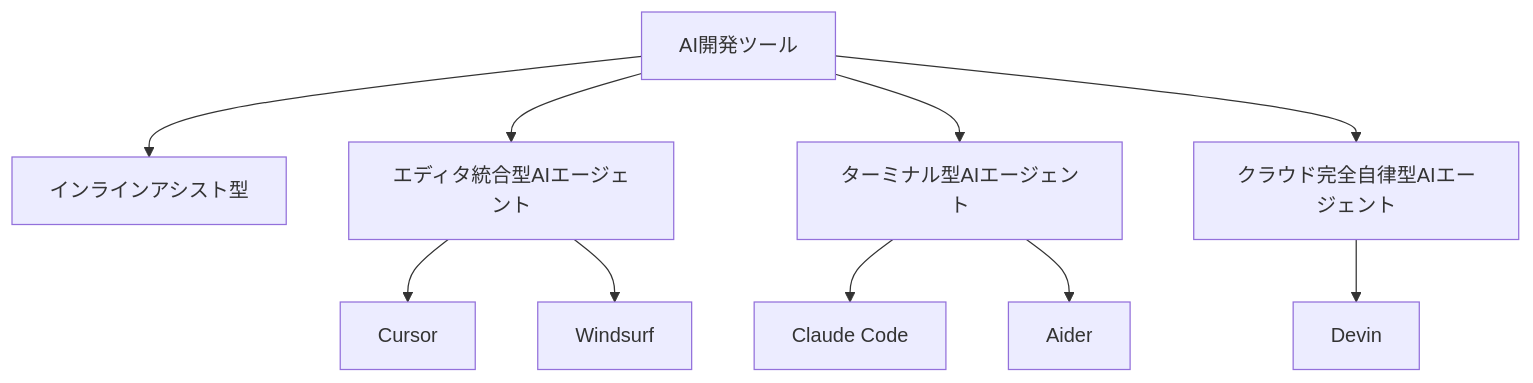
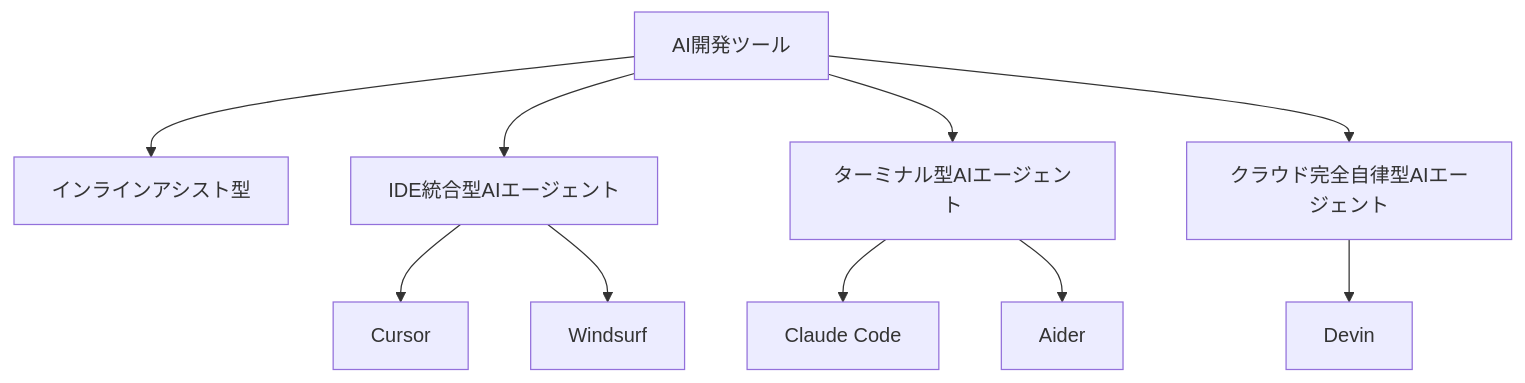
Before and after one commit to cyber-freaks-jp/AI_Driven_Development_Course: the diagram in book/pages/主要なAI開発ツールとおすすめのエディタ.md, drawn with Mermaid. The commit also changed other lines of this file and 1 other file, not shown here.

````diff
--- a/book/pages/主要なAI開発ツールとおすすめのエディタ.md
+++ b/book/pages/主要なAI開発ツールとおすすめのエディタ.md
@@ -75,15 +75,15 @@
 ```mermaid
 graph TD
     A[AI開発ツール] --> B[インラインアシスト型]
-    A --> C[エディタ統合型AIエージェント]
+    A --> C[IDE統合型AIエージェント]
     A --> D[ターミナル型AIエージェント]
     A --> E[クラウド完全自律型AIエージェント]
 
     C --> C1[Cursor]
     C --> C2[Windsurf]
 
     D --> D1[Claude Code]
     D --> D2[Aider]
 
     E --> E1[Devin]
 ```
````
